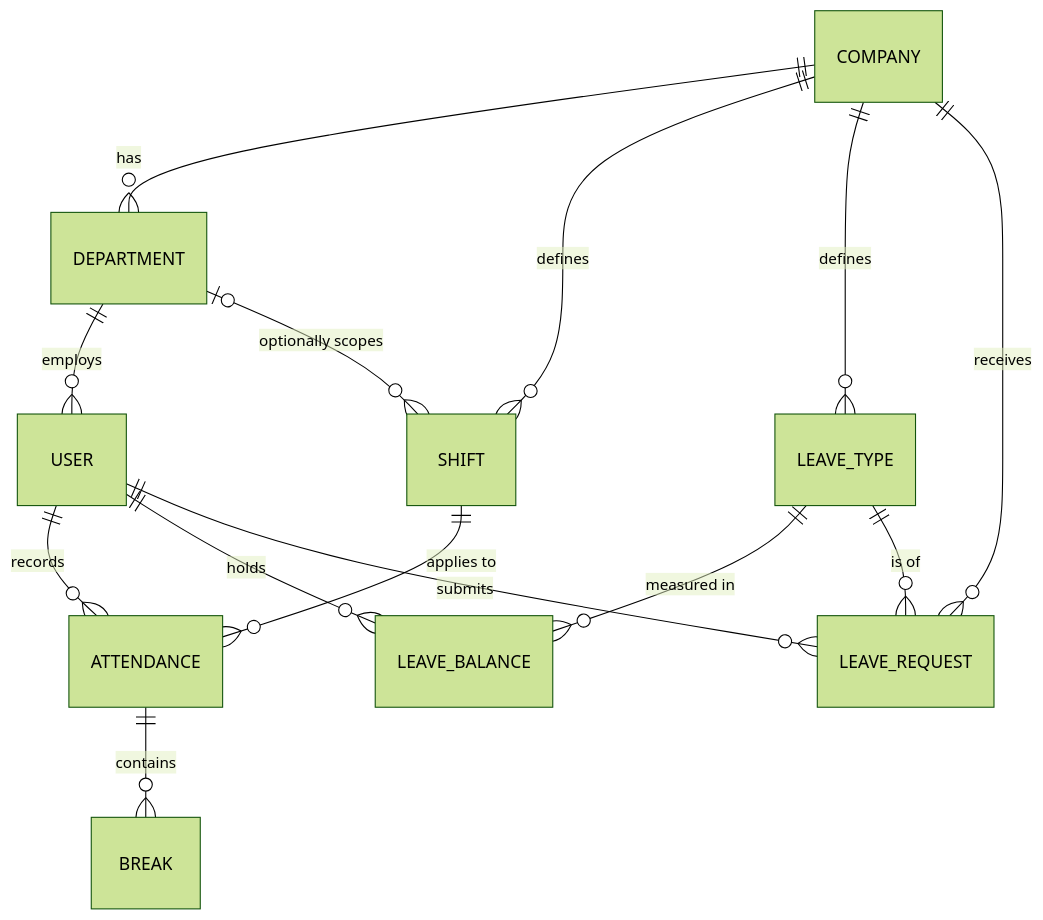
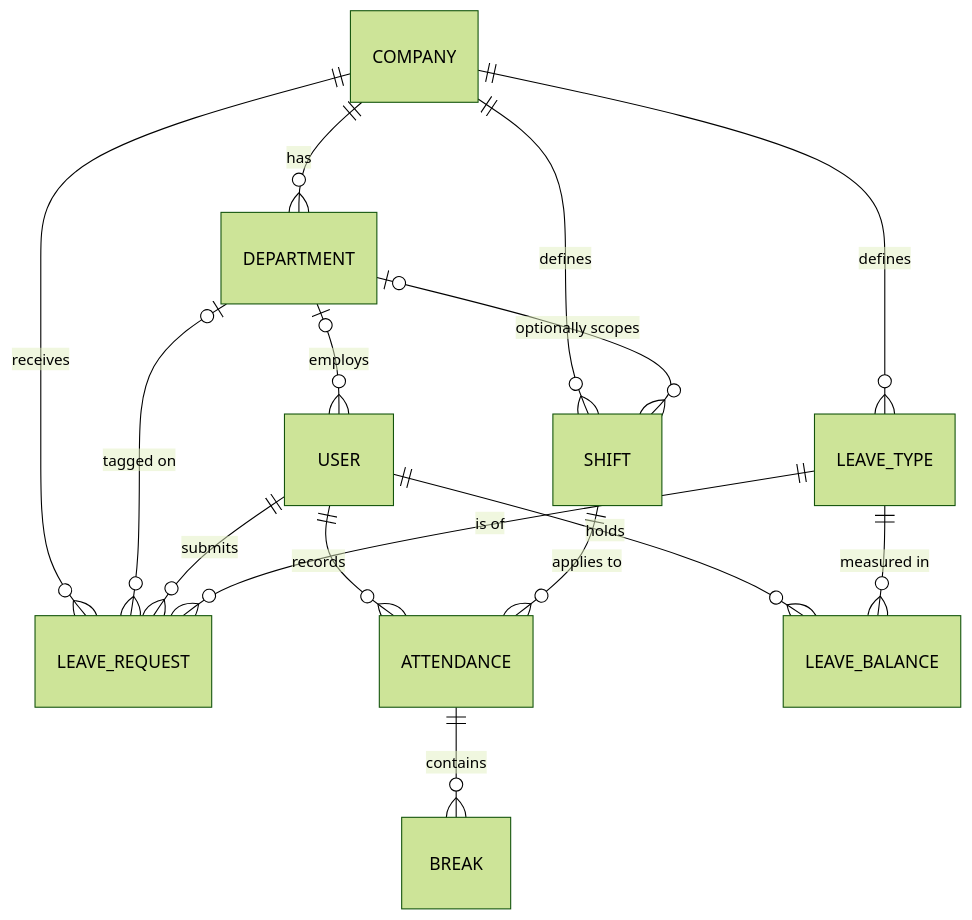
One commit to defoibrahim/hrm-platform-showcase changed the second of 2 diagrams in README.md. Above: the diagram before and after it, drawn with Mermaid (forest theme). The commit also changed other lines of this file and 1 other file, not shown here.

First line of the commit message:
Tighten showcase claims: leave status, setup auth, ER cardinality, planned mobile client

````diff
--- a/README.md
+++ b/README.md
@@ -112,16 +116,17 @@
 ```mermaid
 erDiagram
   COMPANY ||--o{ DEPARTMENT : has
   COMPANY ||--o{ SHIFT : defines
   COMPANY ||--o{ LEAVE_TYPE : defines
   COMPANY ||--o{ LEAVE_REQUEST : receives
-  DEPARTMENT ||--o{ USER : employs
+  DEPARTMENT |o--o{ USER : employs
   DEPARTMENT |o--o{ SHIFT : "optionally scopes"
+  DEPARTMENT |o--o{ LEAVE_REQUEST : "tagged on"
   USER ||--o{ ATTENDANCE : records
   SHIFT ||--o{ ATTENDANCE : "applies to"
   ATTENDANCE ||--o{ BREAK : contains
   USER ||--o{ LEAVE_BALANCE : holds
   LEAVE_TYPE ||--o{ LEAVE_BALANCE : "measured in"
   USER ||--o{ LEAVE_REQUEST : submits
   LEAVE_TYPE ||--o{ LEAVE_REQUEST : "is of"
 ```
````
